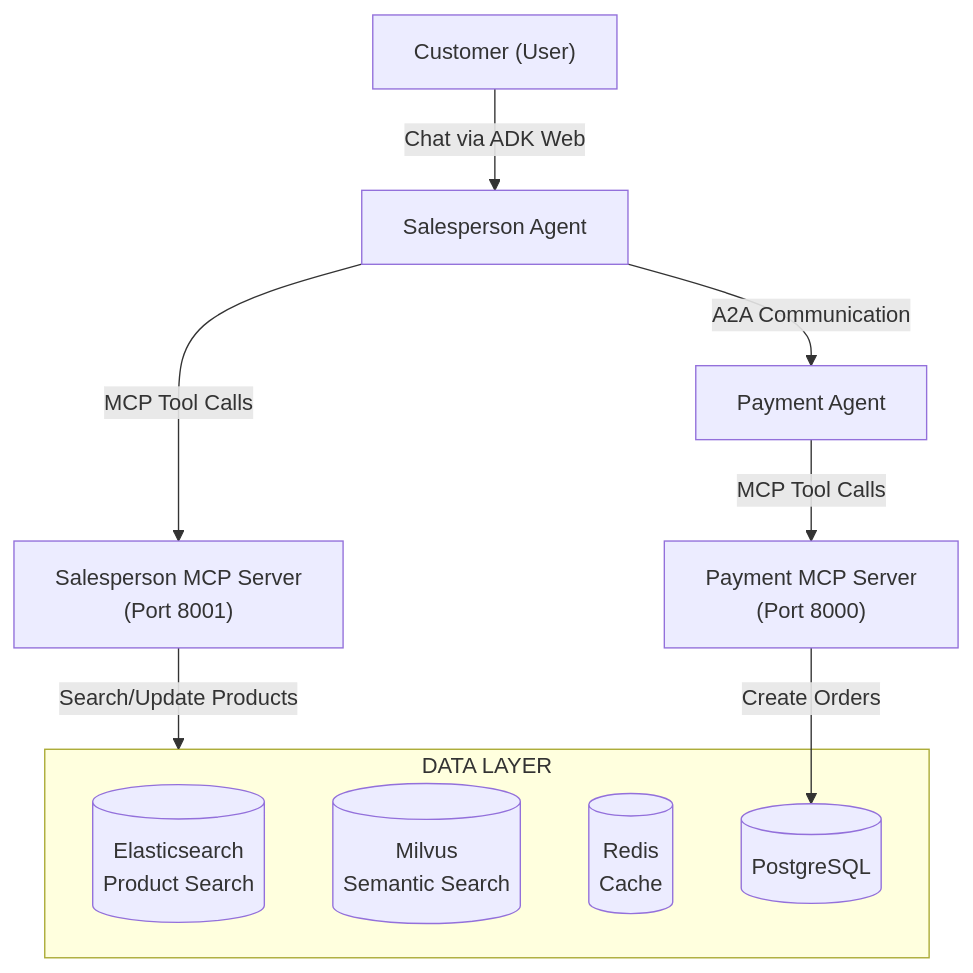
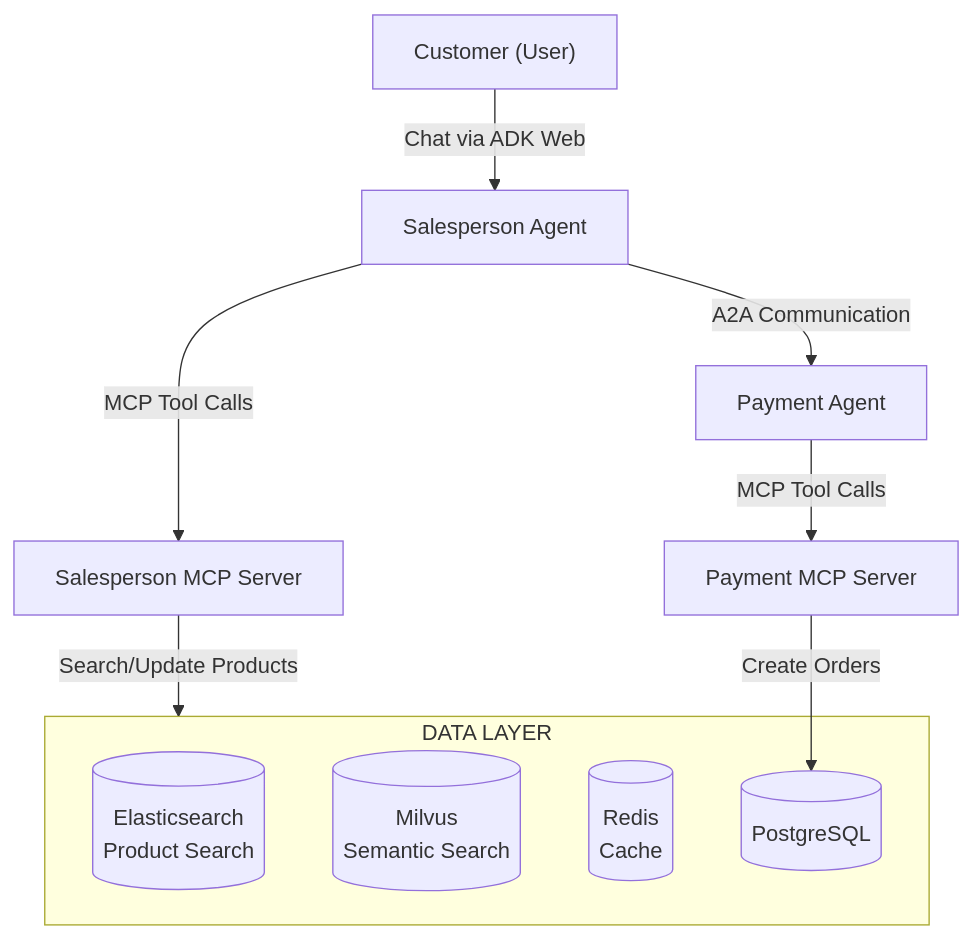
Before and after one commit to biabeogo147/Agent-Ecosystem-Salesperson-and-Payment: the third of 9 diagrams in DemoScenarios.md, drawn with Mermaid. The commit also changed 2 other files, not shown here.

Commit message:
update DemoScenarios + config.py

````diff
--- a/DemoScenarios.md
+++ b/DemoScenarios.md
@@ -85,26 +85,26 @@
 ```mermaid
 flowchart TB
     Customer["Customer (User)"]
     SalesAgent["Salesperson Agent"]
-    SalesServer["Salesperson MCP Server<br/>(Port 8001)"]
+    SalesServer["Salesperson MCP Server"]
 
     PaymentAgent["Payment Agent"]
-    PaymentServer["Payment MCP Server<br/>(Port 8000)"]
+    PaymentServer["Payment MCP Server"]
 
     subgraph DataLayer["DATA LAYER"]
         ES[(Elasticsearch<br/>Product Search)]
         MV[(Milvus<br/>Semantic Search)]
         RD[(Redis<br/>Cache)]
         PG[(PostgreSQL)]
     end
 
     Customer -->|"Chat via ADK Web"| SalesAgent
 
     SalesAgent -->|"MCP Tool Calls"| SalesServer
     SalesAgent -->|"A2A Communication"| PaymentAgent
 
     PaymentAgent -->|"MCP Tool Calls"| PaymentServer
 
     SalesServer --> |"Search/Update Products"| DataLayer
     PaymentServer --> |"Create Orders"| PG
 ```
````
